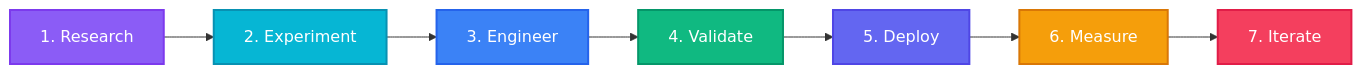
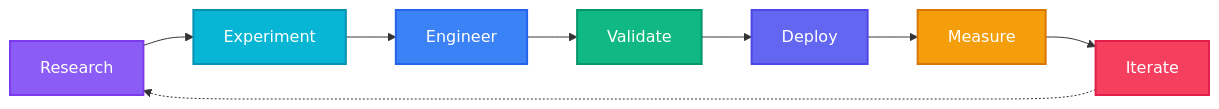
One commit to Basharameez/my-portfolio changed the sixth of 7 diagrams in README.md. Above: the diagram before and after it, drawn with Mermaid. The commit also changed other lines of this file, not shown here.

````diff
--- a/README.md
+++ b/README.md
@@ -504,17 +628,19 @@
 ```mermaid
 flowchart LR
     classDef violet fill:#8B5CF6,stroke:#7C3AED,color:#FFFFFF,stroke-width:2px;
     classDef cyan fill:#06B6D4,stroke:#0891B2,color:#FFFFFF,stroke-width:2px;
     classDef blue fill:#3B82F6,stroke:#2563EB,color:#FFFFFF,stroke-width:2px;
     classDef emerald fill:#10B981,stroke:#059669,color:#FFFFFF,stroke-width:2px;
     classDef indigo fill:#6366F1,stroke:#4F46E5,color:#FFFFFF,stroke-width:2px;
     classDef amber fill:#F59E0B,stroke:#D97706,color:#FFFFFF,stroke-width:2px;
     classDef rose fill:#F43F5E,stroke:#E11D48,color:#FFFFFF,stroke-width:2px;
 
-    A[1. Research]:::violet --> B[2. Experiment]:::cyan
-    B --> C[3. Engineer]:::blue
-    C --> D[4. Validate]:::emerald
-    D --> E[5. Deploy]:::indigo
-    E --> F[6. Measure]:::amber
-    F --> G[7. Iterate]:::rose
+    A[Research]:::violet --> B[Experiment]:::cyan
+    B --> C[Engineer]:::blue
+    C --> D[Validate]:::emerald
+    D --> E[Deploy]:::indigo
+    E --> F[Measure]:::amber
+    F --> G[Iterate]:::rose
+
+    G -.-> A
 ```
````
